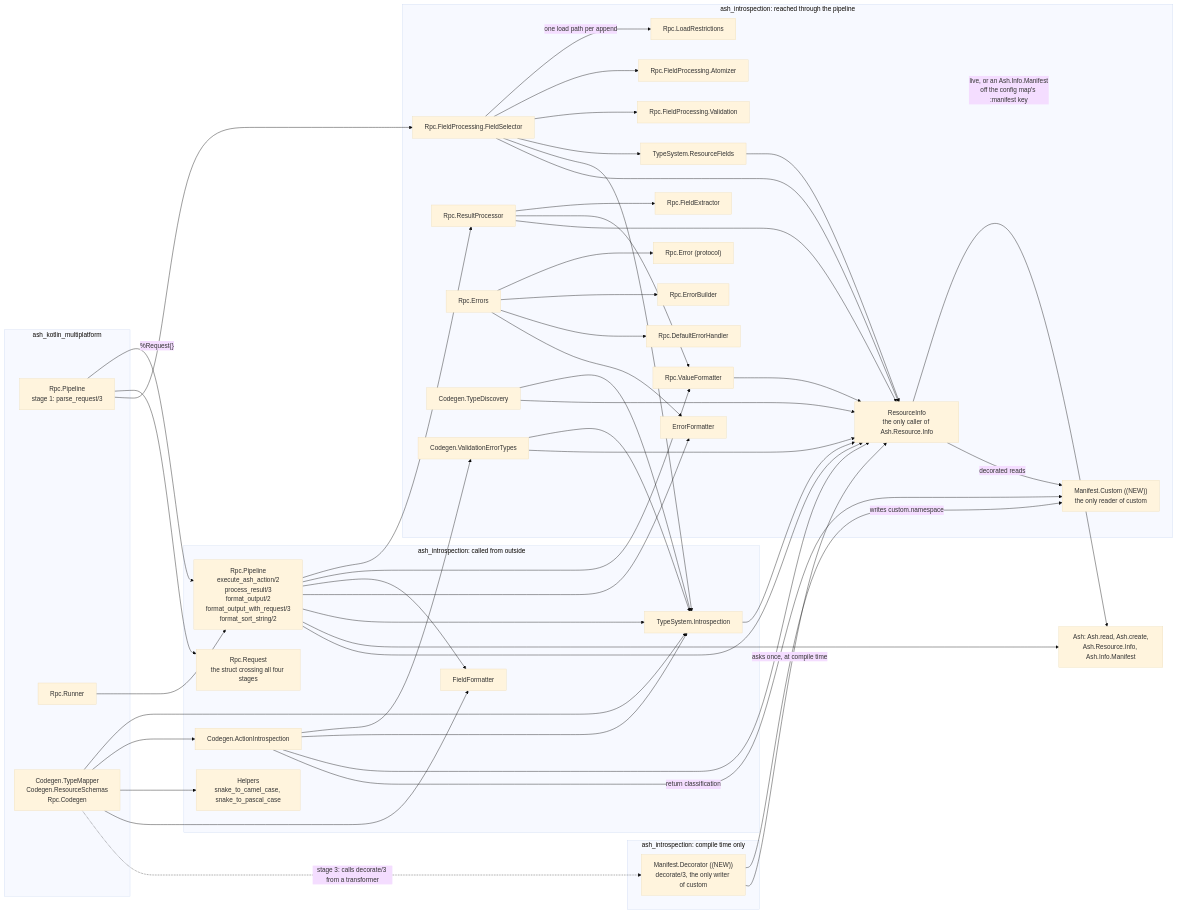
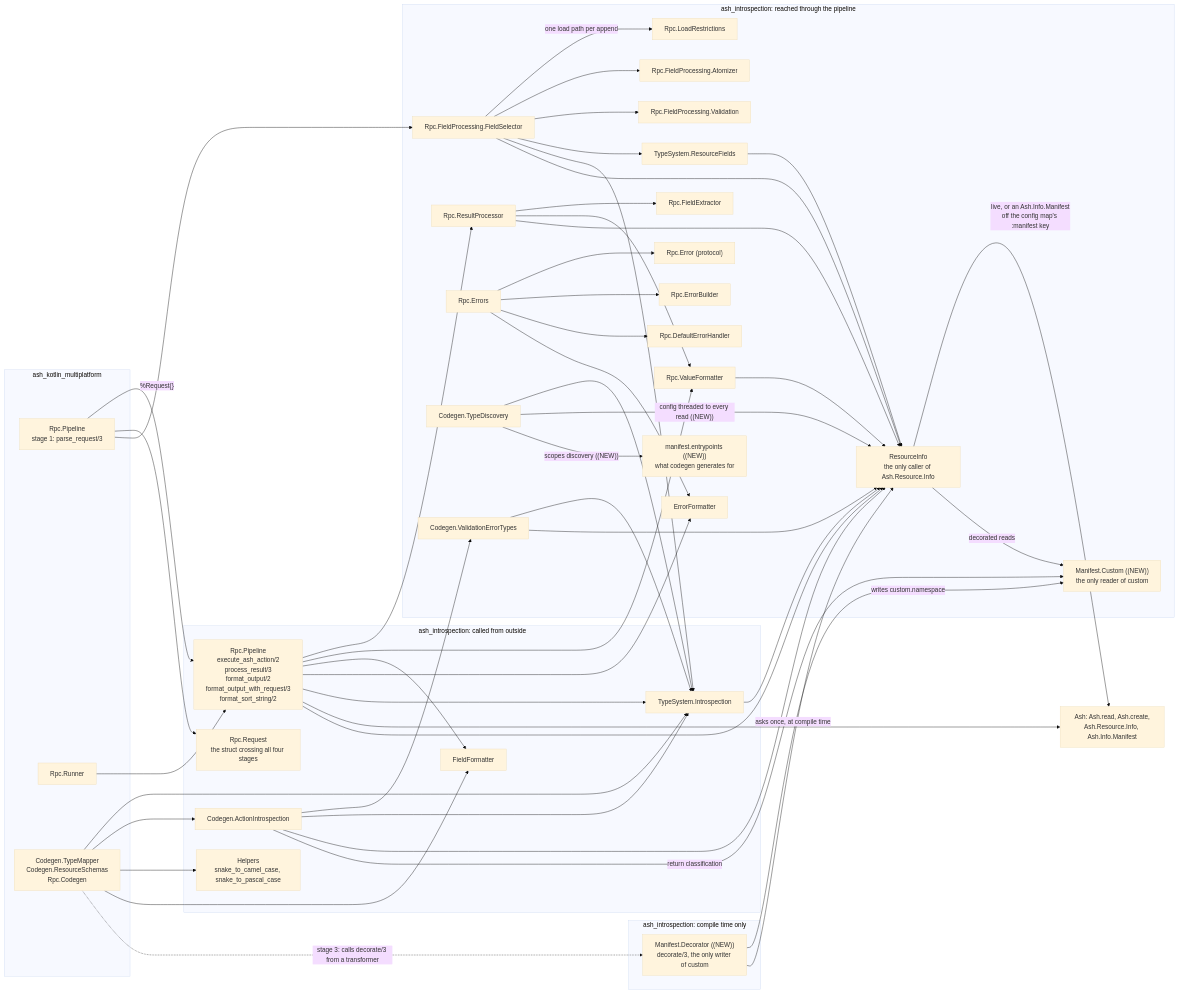
Before and after one commit to udin-io/ash_introspection: the third of 5 diagrams in docs/architecture.md, drawn with Mermaid (base theme). The commit also changed other lines of this file and 10 other files, not shown here.

First line of the commit message:
feat: codegen reads the manifest (#23 stage 4, the read half) (#77)

```diff
--- a/docs/architecture.md
+++ b/docs/architecture.md
@@ -125,6 +125,7 @@
         tdisc["Codegen.TypeDiscovery"]
         vet["Codegen.ValidationErrorTypes"]
         mcustom["Manifest.Custom ((NEW))<br/>the only reader of custom"]
+        tdent["manifest.entrypoints ((NEW))<br/>what codegen generates for"]
     end
 
     subgraph compile["ash_introspection: compile time only"]
@@ -172,7 +173,8 @@
     tsi --> rinfo
     actint --> rinfo
     vet --> rinfo
-    tdisc --> rinfo
+    tdisc -->|"config threaded to every read ((NEW))"| rinfo
+    tdisc -->|"scopes discovery ((NEW))"| tdent
     rinfo -->|"live, or an Ash.Info.Manifest<br/>off the config map's :manifest key"| ash
     rinfo -->|"decorated reads"| mcustom
     actint -->|"return classification"| mcustom
```
